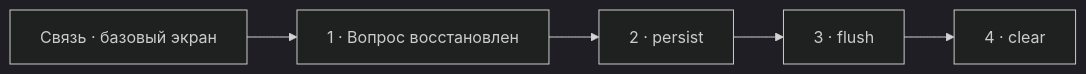
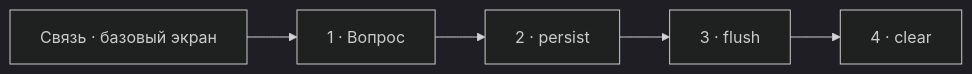
One commit to savinmikhail/php-backend-interview-video changed the diagram in episodes/841862-1payment/visual-plans/13-doctrine-unit-of-work.md. Above: the diagram before and after it, drawn with Mermaid (dark theme). The commit also changed other lines of this file and 7 other files, not shown here.

````diff
--- a/episodes/841862-1payment/visual-plans/13-doctrine-unit-of-work.md
+++ b/episodes/841862-1payment/visual-plans/13-doctrine-unit-of-work.md
@@ -74,7 +74,7 @@
 ```mermaid
 flowchart LR
-  B["Связь · базовый экран"] --> Q["1 · Вопрос восстановлен"]
+  B["Связь · базовый экран"] --> Q["1 · Вопрос"]
   Q --> P["2 · persist"]
   P --> F["3 · flush"]
   F --> C["4 · clear"]
 ```
````
